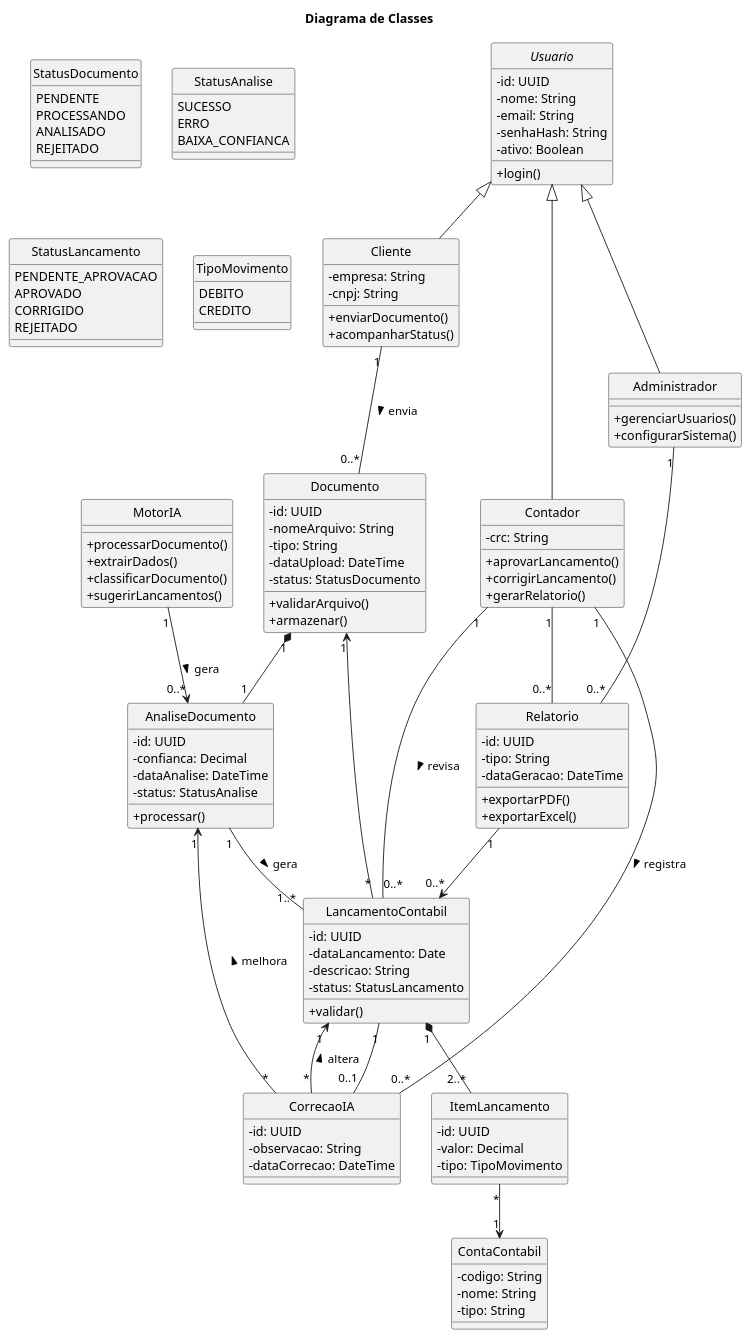
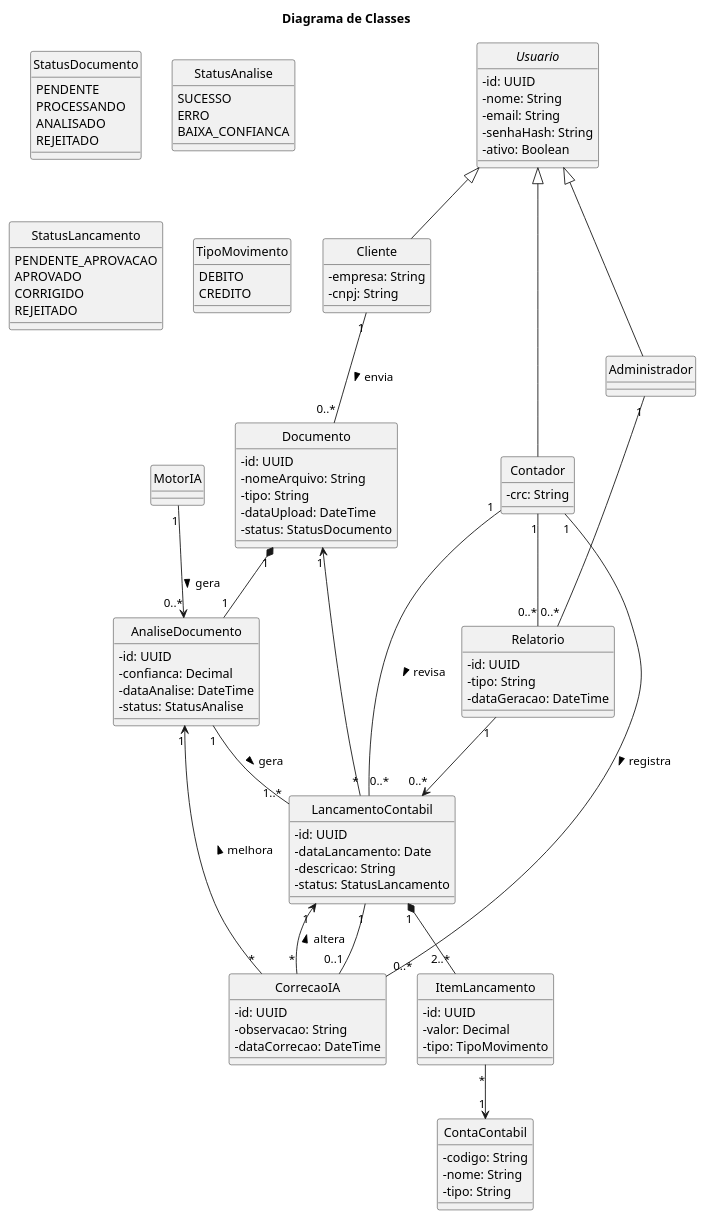
Before and after one commit to Engenharia-de-Software-Fatec/eng-softII-2026: the diagram in docs/diagramas/diagrama-classe.puml, drawn with PlantUML.

Commit message:
Update diagrama-classe.puml
o_O atualizando pq sim

```diff
--- a/docs/diagramas/diagrama-classe.puml
+++ b/docs/diagramas/diagrama-classe.puml
@@ -1,168 +1,159 @@
 @startuml
 title Diagrama de Classes
 
 skinparam classAttributeIconSize 0
 skinparam style strictuml
 
 ' ========================
 ' USUÁRIOS
 ' ========================
 abstract class Usuario {
   - id: UUID
   - nome: String
   - email: String
   - senhaHash: String
   - ativo: Boolean
-  + login()
+  
   
 }
 
 class Cliente {
   - empresa: String
   - cnpj: String
-  + enviarDocumento()
-  + acompanharStatus()
+  
 }
 
 class Contador {
   - crc: String
-  + aprovarLancamento()
-  + corrigirLancamento()
-  + gerarRelatorio()
+ 
 }
 
 class Administrador {
-  + gerenciarUsuarios()
-  + configurarSistema()
+  
 }
 
 Usuario <|-- Cliente
 Usuario <|-- Contador
 Usuario <|-- Administrador
 
 ' ========================
 ' DOCUMENTOS
 ' ========================
 class Documento {
   - id: UUID
   - nomeArquivo: String
   - tipo: String
   - dataUpload: DateTime
   - status: StatusDocumento
-  + validarArquivo()
-  + armazenar()
+
 }
 
 enum StatusDocumento {
   PENDENTE
   PROCESSANDO
   ANALISADO
   REJEITADO
 }
 
 Cliente "1" -- "0..*" Documento : envia >
 
 ' ========================
 ' IA / PROCESSAMENTO
 ' ========================
 class MotorIA {
-  + processarDocumento()
-  + extrairDados()
-  + classificarDocumento()
-  + sugerirLancamentos()
+
 }
 
 class AnaliseDocumento {
   - id: UUID
   - confianca: Decimal
   - dataAnalise: DateTime
   - status: StatusAnalise
-  + processar()
+  
 }
 
 enum StatusAnalise {
   SUCESSO
   ERRO
   BAIXA_CONFIANCA
 }
 
 Documento "1" *-- "1" AnaliseDocumento
 MotorIA "1" --> "0..*" AnaliseDocumento : gera >
 
 ' ========================
 ' LANÇAMENTOS CONTÁBEIS
 ' ========================
 class LancamentoContabil {
   - id: UUID
   - dataLancamento: Date
   - descricao: String
   - status: StatusLancamento
-  + validar()
+
 }
 
 enum StatusLancamento {
   PENDENTE_APROVACAO
   APROVADO
   CORRIGIDO
   REJEITADO
 }
 
 class ItemLancamento {
   - id: UUID
   - valor: Decimal
   - tipo: TipoMovimento
 }
 
 enum TipoMovimento {
   DEBITO
   CREDITO
 }
 
 class ContaContabil {
   - codigo: String
   - nome: String
   - tipo: String
 }
 
 ' Relações contábeis corretas
 AnaliseDocumento "1" -- "1..*" LancamentoContabil : gera >
 LancamentoContabil "1" *-- "2..*" ItemLancamento
 ItemLancamento "*" --> "1" ContaContabil
 
 ' Rastreabilidade (IMPORTANTE)
 LancamentoContabil "*" --> "1" Documento
 
 ' Revisão do contador
 Contador "1" -- "0..*" LancamentoContabil : revisa >
 
 ' ========================
 ' FEEDBACK / APRENDIZADO
 ' ========================
 class CorrecaoIA {
   - id: UUID
   - observacao: String
   - dataCorrecao: DateTime
 }
 
 LancamentoContabil "1" -- "0..1" CorrecaoIA
 CorrecaoIA "*" --> "1" LancamentoContabil : altera >
 CorrecaoIA "*" --> "1" AnaliseDocumento : melhora >
 
 Contador "1" -- "0..*" CorrecaoIA : registra >
 
 ' ========================
 ' RELATÓRIOS
 ' ========================
 class Relatorio {
   - id: UUID
   - tipo: String
   - dataGeracao: DateTime
-  + exportarPDF()
-  + exportarExcel()
+  
 }
 
 Relatorio "1" --> "0..*" LancamentoContabil
 Contador "1" -- "0..*" Relatorio
 Administrador "1" -- "0..*" Relatorio
 
 @enduml
```
